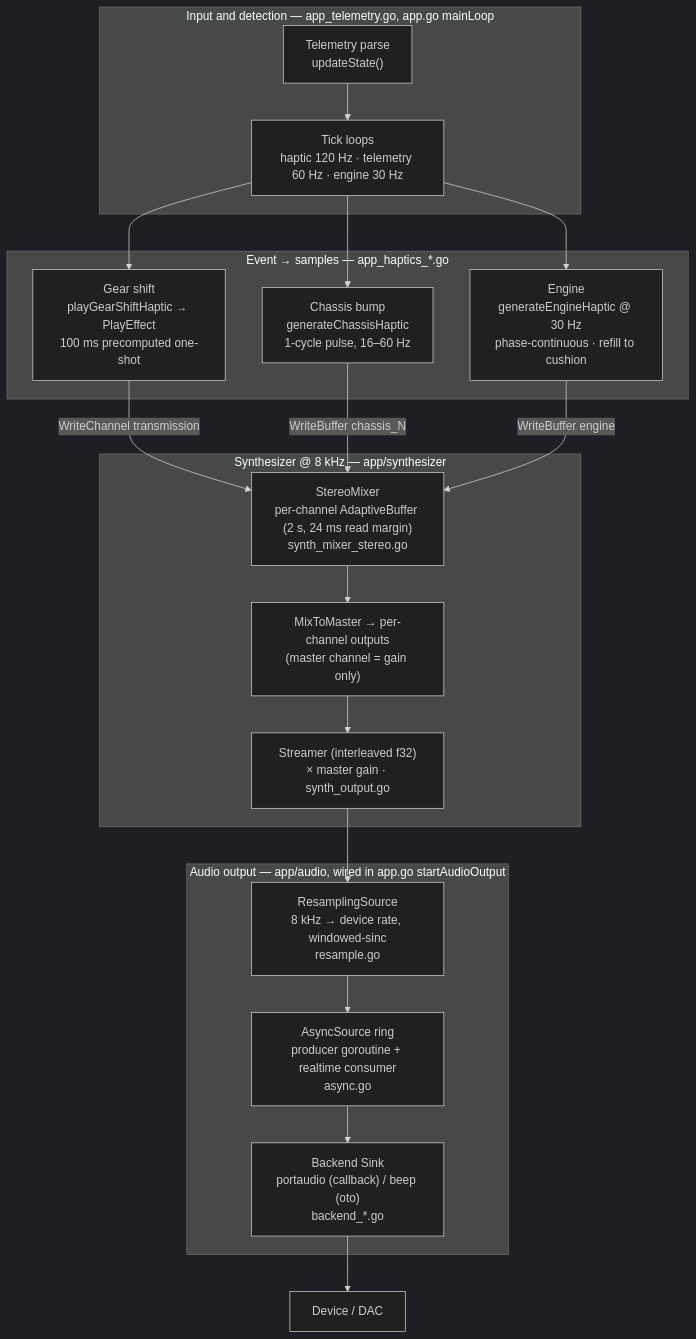
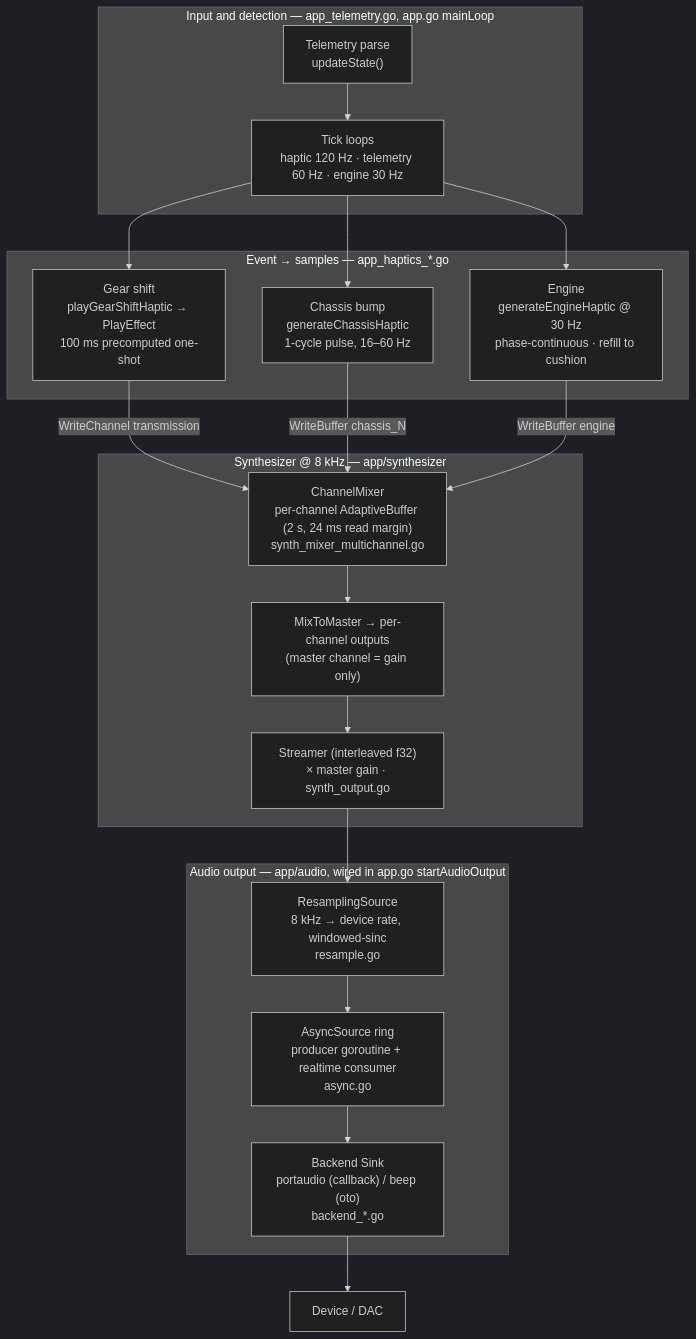
Before and after one commit to vwhitteron/simtezilo-dev: the second of 5 diagrams in doc/audio_pipeline.md, drawn with Mermaid (dark theme). The commit also changed other lines of this file and 1 other file, not shown here.

Commit message:
docs: update audio pipeline diagrams for ChannelMixer rename
Reflect the StereoMixer -> ChannelMixer and synth_mixer_stereo.go ->
synth_mixer_multichannel.go renames in the architecture and audio
pipeline docs.

````diff
--- a/doc/audio_pipeline.md
+++ b/doc/audio_pipeline.md
@@ -68,50 +68,50 @@
 ```mermaid
 graph TD
     subgraph Input["Input and detection — app_telemetry.go, app.go mainLoop"]
         Tel["`Telemetry parse
         updateState()`"]
         Tick["`Tick loops
         haptic 120 Hz · telemetry 60 Hz · engine 30 Hz`"]
     end
 
     subgraph Gen["Event → samples — app_haptics_*.go"]
         Gear["`Gear shift
         playGearShiftHaptic → PlayEffect
         100 ms precomputed one-shot`"]
         Chassis["`Chassis bump
         generateChassisHaptic
         1-cycle pulse, 16–60 Hz`"]
         Engine["`Engine
         generateEngineHaptic @ 30 Hz
         phase-continuous · refill to cushion`"]
     end
 
     subgraph Synth["Synthesizer @ 8 kHz — app/synthesizer"]
-        Mix["`StereoMixer
+        Mix["`ChannelMixer
         per-channel AdaptiveBuffer (2 s, 24 ms read margin)
-        synth_mixer_stereo.go`"]
+        synth_mixer_multichannel.go`"]
         Master["`MixToMaster → per-channel outputs
         (master channel = gain only)`"]
         Stream["`Streamer (interleaved f32)
         × master gain · synth_output.go`"]
     end
 
     subgraph Out["Audio output — app/audio, wired in app.go startAudioOutput"]
         Res["`ResamplingSource
         8 kHz → device rate, windowed-sinc
         resample.go`"]
         Async["`AsyncSource ring
         producer goroutine + realtime consumer
         async.go`"]
         Sink["`Backend Sink
         portaudio (callback) / beep (oto)
         backend_*.go`"]
     end
 
     Tel --> Tick
     Tick --> Gear & Chassis & Engine
     Gear -->|WriteChannel transmission| Mix
     Chassis -->|WriteBuffer chassis_N| Mix
     Engine -->|WriteBuffer engine| Mix
     Mix --> Master --> Stream --> Res --> Async --> Sink --> Dev["Device / DAC"]
 ```
````
